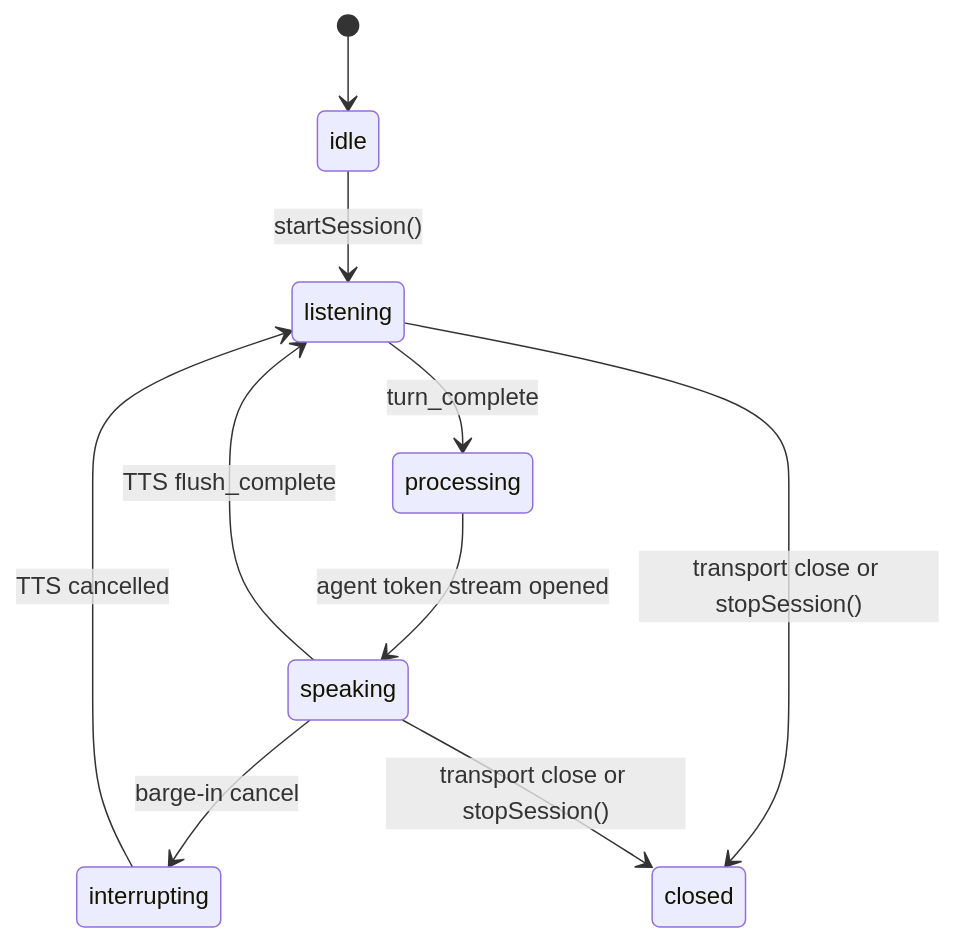
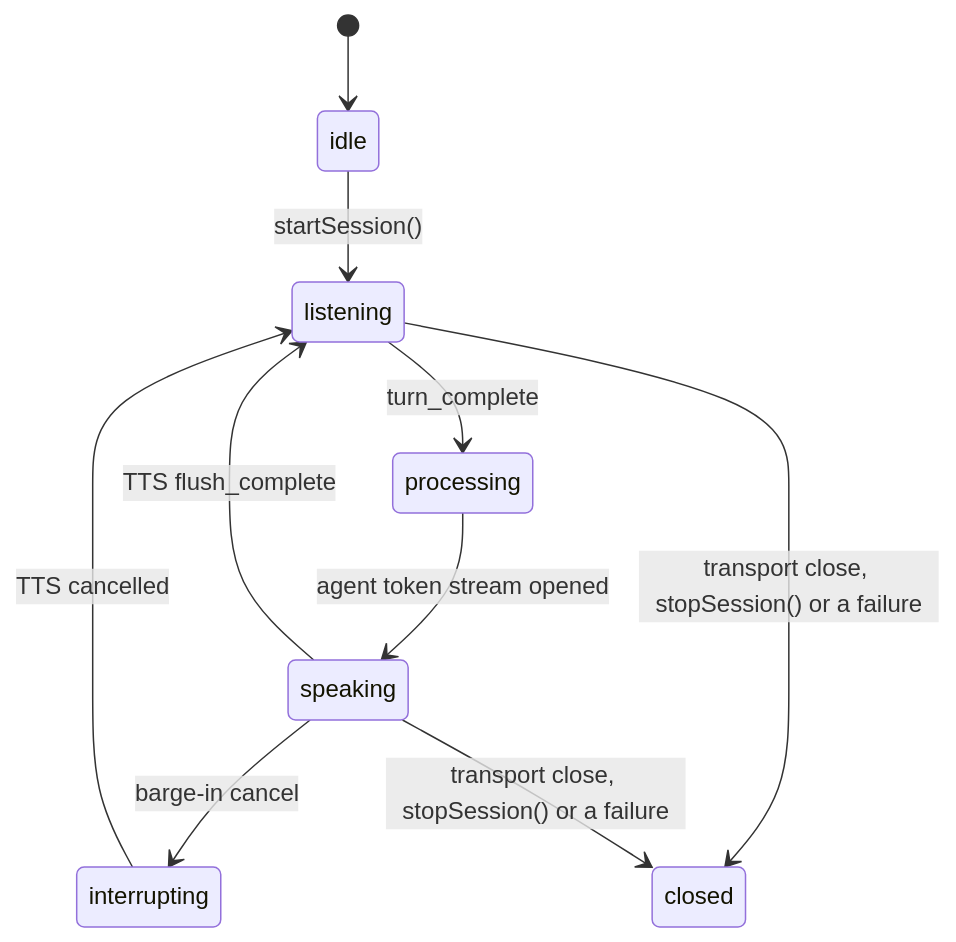
One commit to framerslab/agentos changed the second of 2 diagrams in docs/features/VOICE_PIPELINE.md. Above: the diagram before and after it, drawn with Mermaid. The commit also changed other lines of this file and 7 other files, not shown here.

````diff
--- a/docs/features/VOICE_PIPELINE.md
+++ b/docs/features/VOICE_PIPELINE.md
@@ -28,12 +28,12 @@
 ```mermaid
 stateDiagram-v2
     [*] --> idle
     idle --> listening: startSession()
     listening --> processing: turn_complete
     processing --> speaking: agent token stream opened
     speaking --> listening: TTS flush_complete
     speaking --> interrupting: barge-in cancel
     interrupting --> listening: TTS cancelled
-    listening --> closed: transport close or stopSession()
-    speaking --> closed: transport close or stopSession()
+    listening --> closed: transport close, stopSession() or a failure
+    speaking --> closed: transport close, stopSession() or a failure
 ```
````
